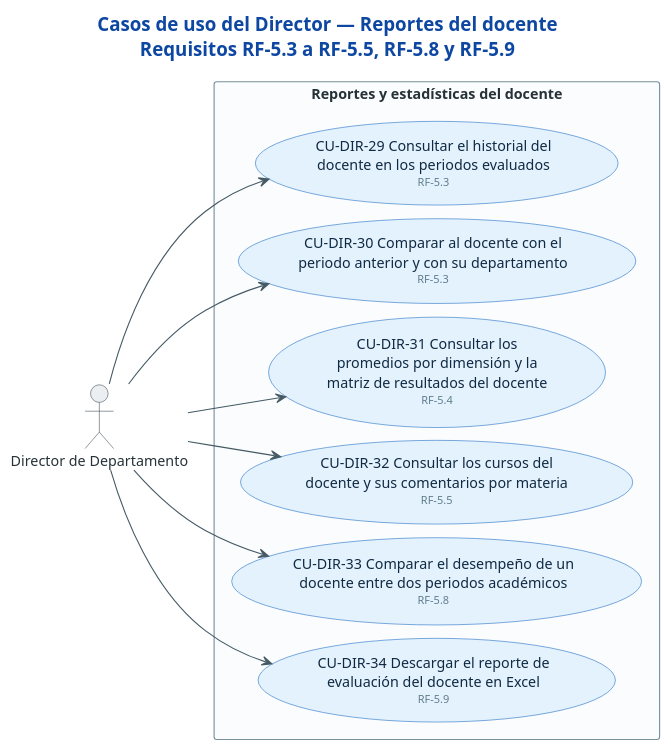
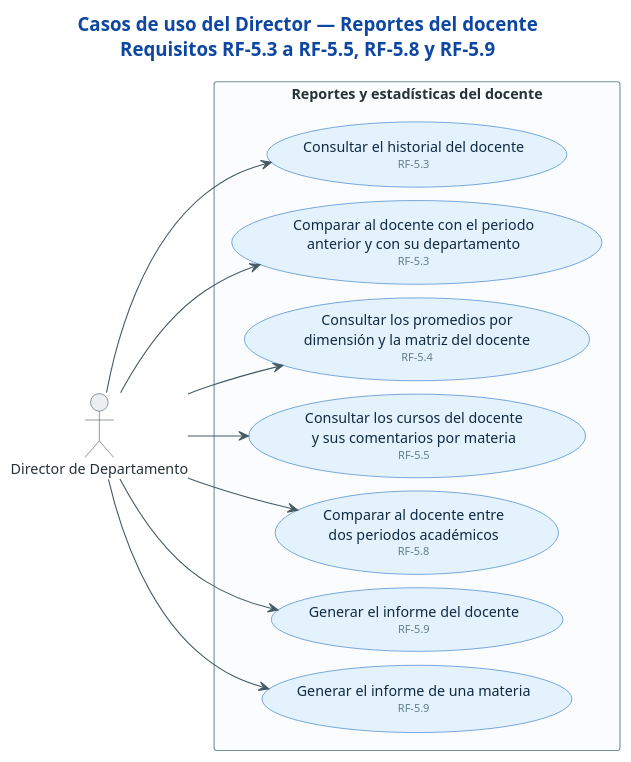
The diagram in docs/casos-de-uso/09-director-reportes-del-docente.puml (sistema-evaluacion-docente/api.evd), drawn with PlantUML before and after one commit. The commit also changed 20 other files, not shown here.

First line of the commit message:
style: change use case diagrams for clarity and consistency

```diff
--- a/docs/casos-de-uso/09-director-reportes-del-docente.puml
+++ b/docs/casos-de-uso/09-director-reportes-del-docente.puml
@@ -1,59 +1,58 @@
-@startuml cu-35-director-reportes-del-docente
+@startuml cu-09-director-reportes-del-docente
 ' =============================================================================
 ' Sistema de Evaluación Docente (SET) — UFPS
 ' Fuente: Tabla 36 (actores) y Tabla 37 (requisitos funcionales) del documento de
 '         tesis, con la implementación de DistilUmbert-back y DistilUmbert-front.
-' Especificación de cada caso de uso: docs/casos-de-uso/README.md
 ' =============================================================================
 title Casos de uso del Director — Reportes del docente\nRequisitos RF-5.3 a RF-5.5, RF-5.8 y RF-5.9
 
 left to right direction
 
 skinparam backgroundColor #FFFFFF
 skinparam shadowing false
 skinparam defaultFontSize 13
 skinparam TitleFontSize 17
 skinparam TitleFontColor #0D47A1
 skinparam ArrowColor #455A64
 skinparam ArrowFontColor #546E7A
 skinparam ArrowFontSize 11
 skinparam nodesep 12
 skinparam ranksep 40
-' Descomenta la línea siguiente para aristas ortogonales (requiere Graphviz).
-' skinparam linetype ortho
 skinparam actor {
   BackgroundColor #ECEFF1
   BorderColor #37474F
   FontColor #263238
 }
 skinparam usecase {
   BackgroundColor #E3F2FD
   BorderColor #1565C0
   FontColor #102A43
 }
 skinparam rectangle {
   BackgroundColor #FAFCFD
   BorderColor #78909C
   FontColor #263238
   FontStyle bold
 }
 
 actor "Director de Departamento" as DIR
 
 rectangle "Reportes y estadísticas del docente" {
-  usecase "CU-DIR-29 Consultar el historial del\ndocente en los periodos evaluados\n<size:10><color:#607D8B>RF-5.3</color></size>" as D29
-  usecase "CU-DIR-30 Comparar al docente con el\nperiodo anterior y con su departamento\n<size:10><color:#607D8B>RF-5.3</color></size>" as D30
-  usecase "CU-DIR-31 Consultar los\npromedios por dimensión y la\nmatriz de resultados del docente\n<size:10><color:#607D8B>RF-5.4</color></size>" as D31
-  usecase "CU-DIR-32 Consultar los cursos del\ndocente y sus comentarios por materia\n<size:10><color:#607D8B>RF-5.5</color></size>" as D32
-  usecase "CU-DIR-33 Comparar el desempeño de un\ndocente entre dos periodos académicos\n<size:10><color:#607D8B>RF-5.8</color></size>" as D33
-  usecase "CU-DIR-34 Descargar el reporte de\nevaluación del docente en Excel\n<size:10><color:#607D8B>RF-5.9</color></size>" as D34
+  usecase "Consultar el historial del docente\n<size:10><color:#607D8B>RF-5.3</color></size>" as D29
+  usecase "Comparar al docente con el periodo\nanterior y con su departamento\n<size:10><color:#607D8B>RF-5.3</color></size>" as D30
+  usecase "Consultar los promedios por\ndimensión y la matriz del docente\n<size:10><color:#607D8B>RF-5.4</color></size>" as D31
+  usecase "Consultar los cursos del docente\ny sus comentarios por materia\n<size:10><color:#607D8B>RF-5.5</color></size>" as D32
+  usecase "Comparar al docente entre\ndos periodos académicos\n<size:10><color:#607D8B>RF-5.8</color></size>" as D33
+  usecase "Generar el informe del docente\n<size:10><color:#607D8B>RF-5.9</color></size>" as D63
+  usecase "Generar el informe de una materia\n<size:10><color:#607D8B>RF-5.9</color></size>" as D34
 }
 
 DIR --> D29
 DIR --> D30
 DIR --> D31
 DIR --> D32
 DIR --> D33
 DIR --> D34
+DIR --> D63
 
 @enduml
```
